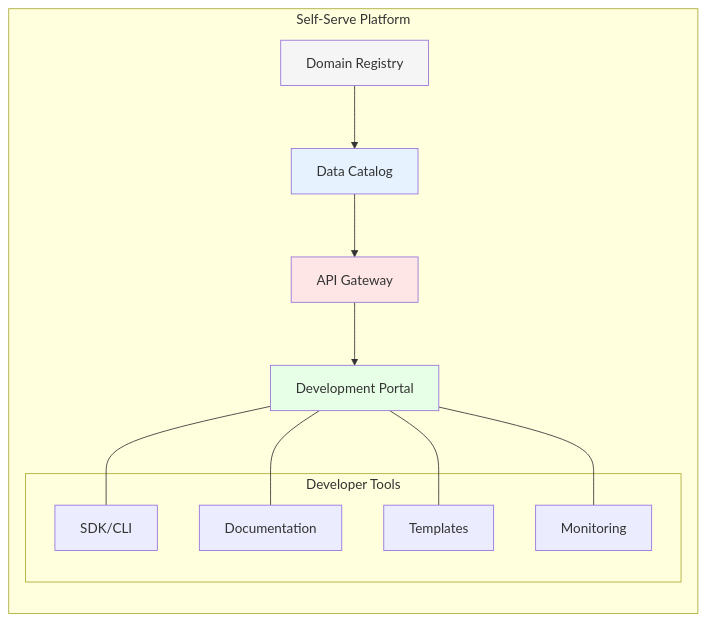
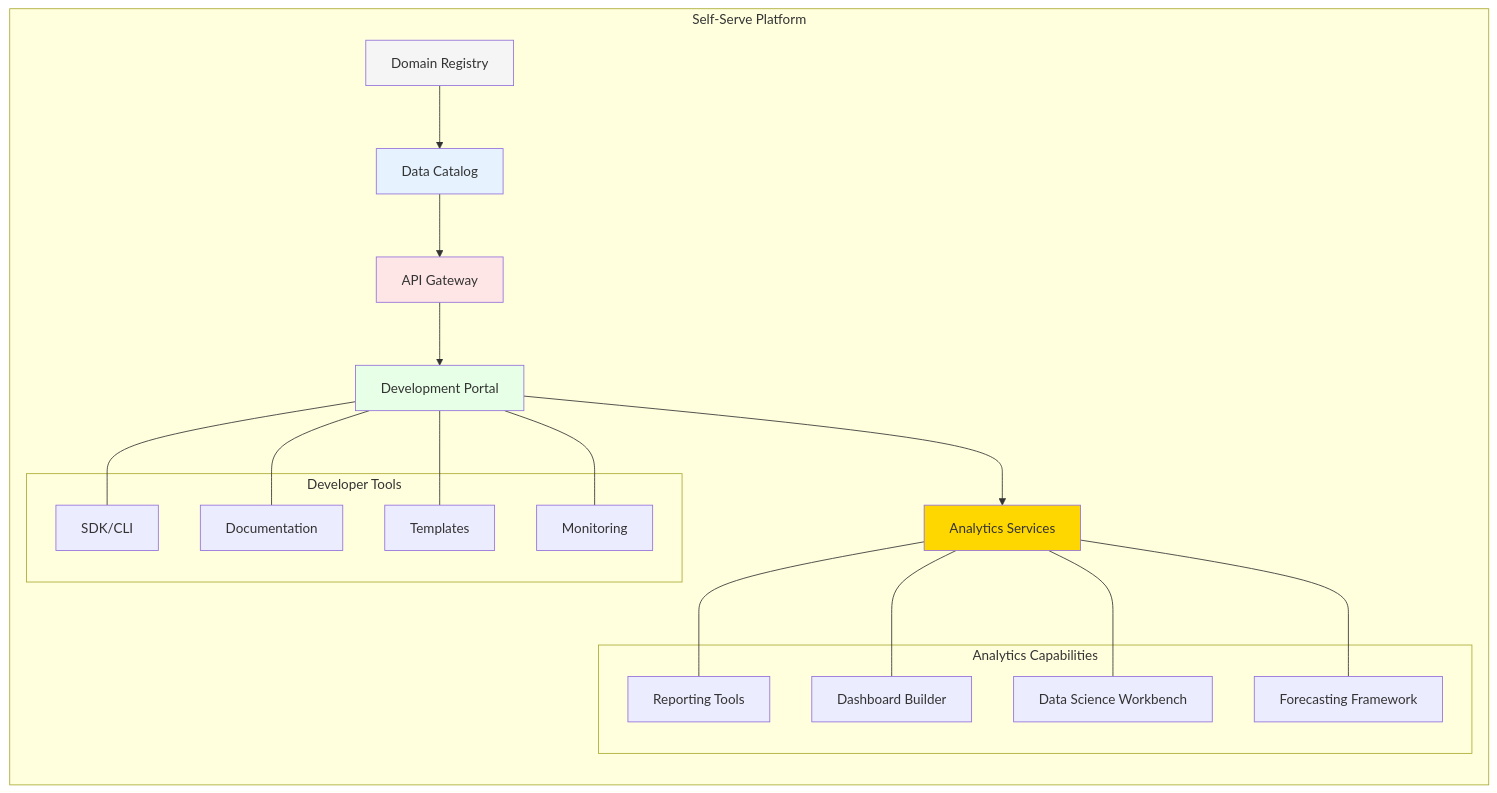
Before and after one commit to data-octo/agentic_ai_research: the fifth of 10 diagrams in enterprise_data_architecture/chapters/03_data_mesh.md, drawn with Mermaid. The commit also changed other lines of this file and 34 other files, not shown here.

Commit message:
v0.1.9 - include data analytics in mermaid

````diff
--- a/enterprise_data_architecture/chapters/03_data_mesh.md
+++ b/enterprise_data_architecture/chapters/03_data_mesh.md
@@ -179,25 +263,41 @@
 ```mermaid
 graph LR
     subgraph "Self-Serve Platform"
         A[Domain Registry] --> B[Data Catalog]
         B --> C[API Gateway]
         C --> D[Development Portal]
+        
+        %% Add Analytics Layer
+        D --> I[Analytics Services]
         
         subgraph "Developer Tools"
             E[SDK/CLI]
             F[Documentation]
             G[Templates]
             H[Monitoring]
         end
         
+        subgraph "Analytics Capabilities"
+            J[Reporting Tools]
+            K[Dashboard Builder]
+            L[Data Science Workbench]
+            M[Forecasting Framework]
+        end
+        
         D --- E
         D --- F
         D --- G
         D --- H
+        
+        I --- J
+        I --- K
+        I --- L
+        I --- M
     end
     
     style A fill:#f5f5f5
     style B fill:#e6f3ff
     style C fill:#ffe6e6
     style D fill:#e6ffe6
+    style I fill:#ffd700
 ```
````
